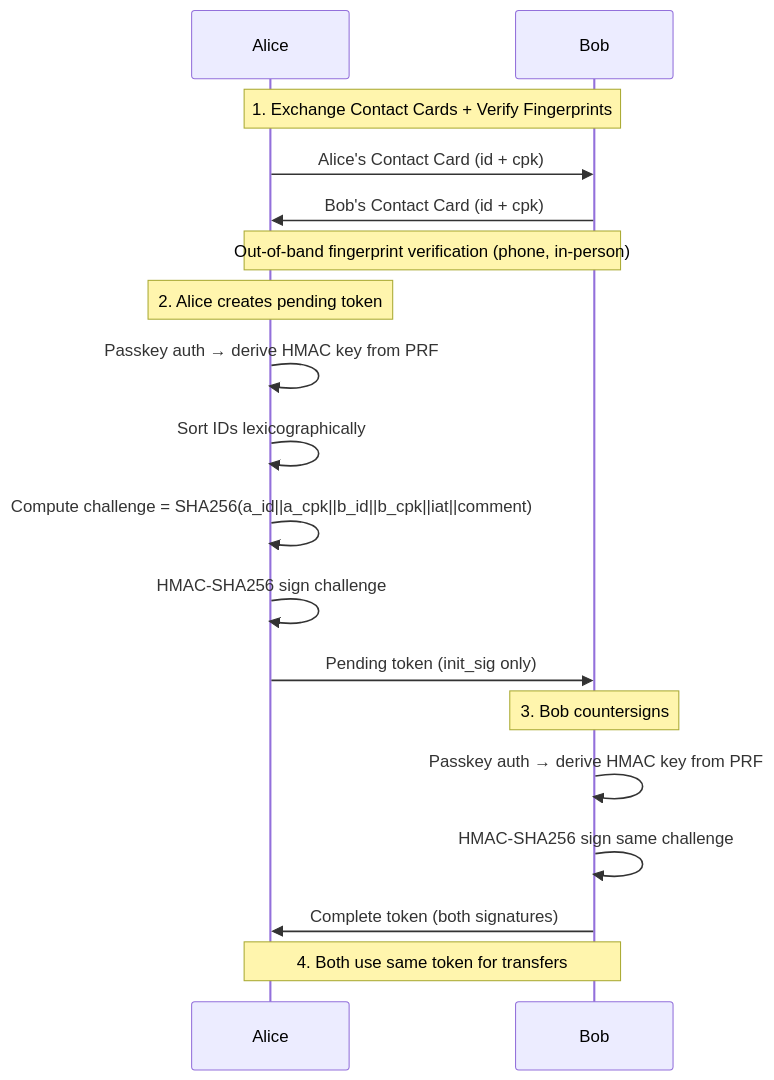
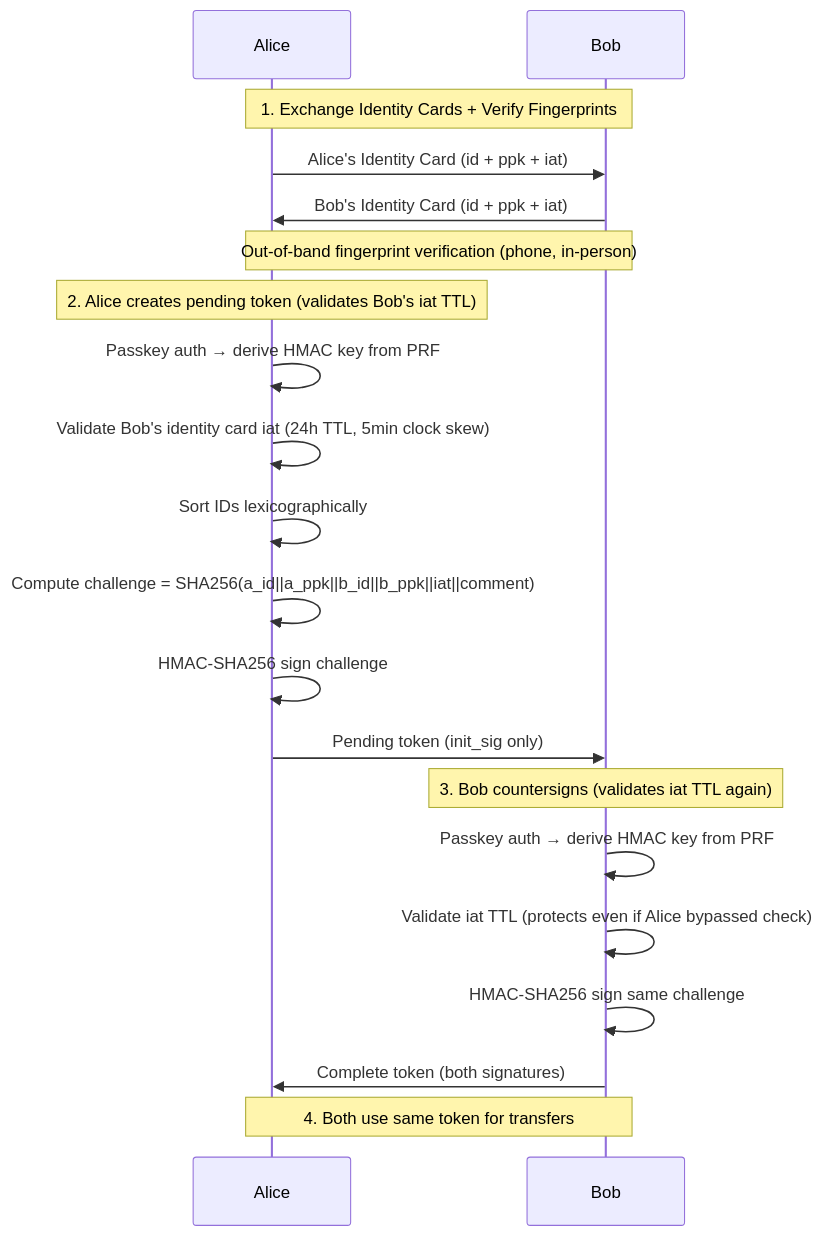
One commit to andrewtheguy/secure-send-web changed the fourth of 10 diagrams in docs/ARCHITECTURE.md. Above: the diagram before and after it, drawn with Mermaid. The commit also changed other lines of this file and 2 other files, not shown here.

Commit message:
docs: Update README and ARCHITECTURE to include Identity Card TTL and format details

````diff
--- a/docs/ARCHITECTURE.md
+++ b/docs/ARCHITECTURE.md
@@ -227,20 +237,22 @@
 ```mermaid
 sequenceDiagram
     participant Alice
     participant Bob
-    Note over Alice,Bob: 1. Exchange Contact Cards + Verify Fingerprints
-    Alice->>Bob: Alice's Contact Card (id + cpk)
-    Bob->>Alice: Bob's Contact Card (id + cpk)
+    Note over Alice,Bob: 1. Exchange Identity Cards + Verify Fingerprints
+    Alice->>Bob: Alice's Identity Card (id + ppk + iat)
+    Bob->>Alice: Bob's Identity Card (id + ppk + iat)
     Note over Alice,Bob: Out-of-band fingerprint verification (phone, in-person)
-    Note over Alice: 2. Alice creates pending token
+    Note over Alice: 2. Alice creates pending token (validates Bob's iat TTL)
     Alice->>Alice: Passkey auth → derive HMAC key from PRF
+    Alice->>Alice: Validate Bob's identity card iat (24h TTL, 5min clock skew)
     Alice->>Alice: Sort IDs lexicographically
-    Alice->>Alice: Compute challenge = SHA256(a_id||a_cpk||b_id||b_cpk||iat||comment)
+    Alice->>Alice: Compute challenge = SHA256(a_id||a_ppk||b_id||b_ppk||iat||comment)
     Alice->>Alice: HMAC-SHA256 sign challenge
     Alice->>Bob: Pending token (init_sig only)
-    Note over Bob: 3. Bob countersigns
+    Note over Bob: 3. Bob countersigns (validates iat TTL again)
     Bob->>Bob: Passkey auth → derive HMAC key from PRF
+    Bob->>Bob: Validate iat TTL (protects even if Alice bypassed check)
     Bob->>Bob: HMAC-SHA256 sign same challenge
     Bob->>Alice: Complete token (both signatures)
     Note over Alice,Bob: 4. Both use same token for transfers
 ```
````
